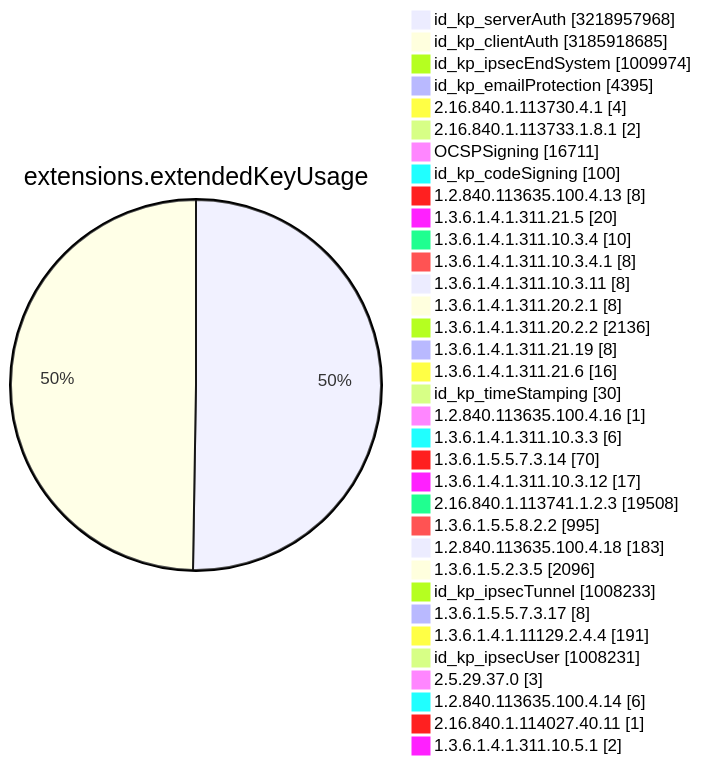
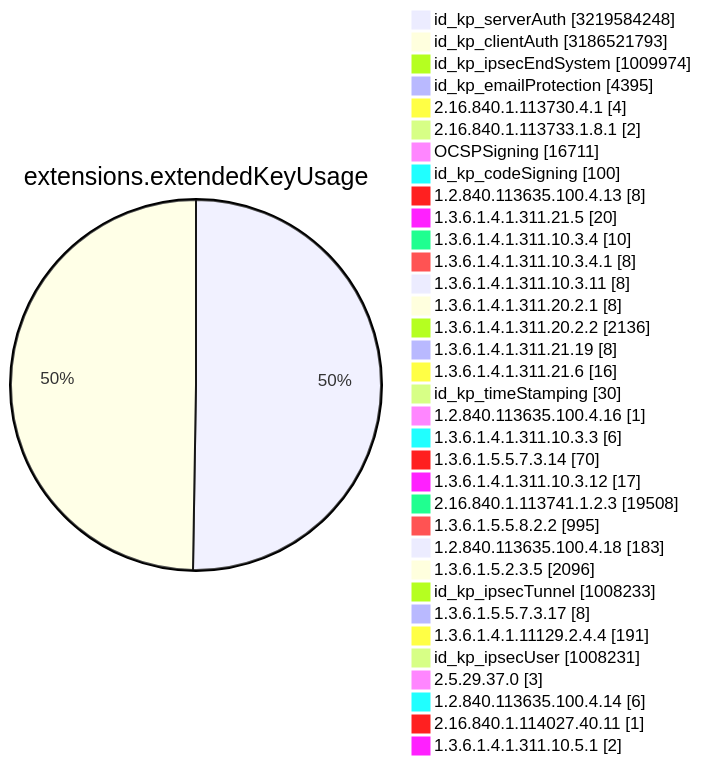
One commit to christiankrug/ctmonitor_visualization changed diagram 11 of 15 in TOTAL/README.md. Above: the diagram before and after it, drawn with Mermaid. The commit also changed other lines of this file, not shown here.

````diff
--- a/TOTAL/README.md
+++ b/TOTAL/README.md
@@ -4119,38 +4119,38 @@
 ```mermaid
 pie showData
 title extensions.extendedKeyUsage
-"id_kp_serverAuth" :3218957968
-"id_kp_clientAuth" :3185918685
+"id_kp_serverAuth" :3219584248
+"id_kp_clientAuth" :3186521793
 "id_kp_ipsecEndSystem" :1009974
 "id_kp_emailProtection" :4395
 "2.16.840.1.113730.4.1" :4
 "2.16.840.1.113733.1.8.1" :2
 "OCSPSigning" :16711
 "id_kp_codeSigning" :100
 "1.2.840.113635.100.4.13" :8
 "1.3.6.1.4.1.311.21.5" :20
 "1.3.6.1.4.1.311.10.3.4" :10
 "1.3.6.1.4.1.311.10.3.4.1" :8
 "1.3.6.1.4.1.311.10.3.11" :8
 "1.3.6.1.4.1.311.20.2.1" :8
 "1.3.6.1.4.1.311.20.2.2" :2136
 "1.3.6.1.4.1.311.21.19" :8
 "1.3.6.1.4.1.311.21.6" :16
 "id_kp_timeStamping" :30
 "1.2.840.113635.100.4.16" :1
 "1.3.6.1.4.1.311.10.3.3" :6
 "1.3.6.1.5.5.7.3.14" :70
 "1.3.6.1.4.1.311.10.3.12" :17
 "2.16.840.1.113741.1.2.3" :19508
 "1.3.6.1.5.5.8.2.2" :995
 "1.2.840.113635.100.4.18" :183
 "1.3.6.1.5.2.3.5" :2096
 "id_kp_ipsecTunnel" :1008233
 "1.3.6.1.5.5.7.3.17" :8
 "1.3.6.1.4.1.11129.2.4.4" :191
 "id_kp_ipsecUser" :1008231
 "2.5.29.37.0" :3
 "1.2.840.113635.100.4.14" :6
 "2.16.840.1.114027.40.11" :1
 "1.3.6.1.4.1.311.10.5.1" :2
 ```
````
